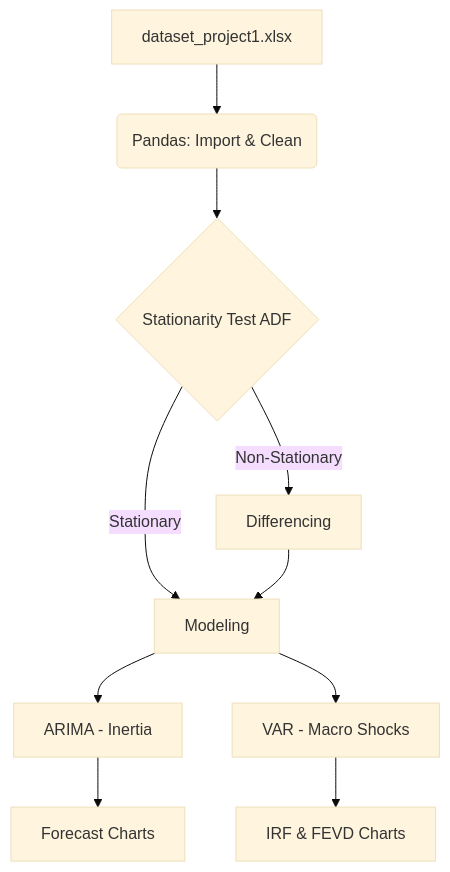
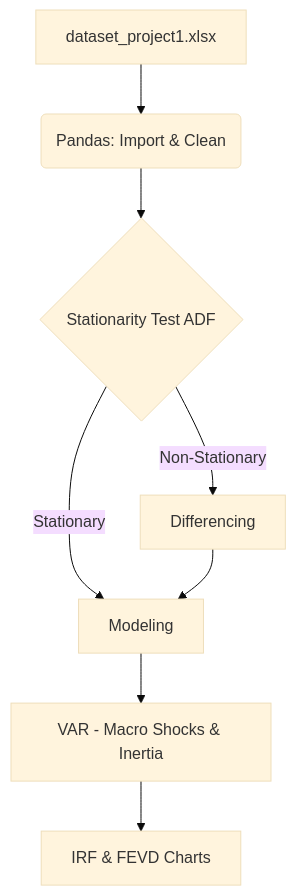
Before and after one commit to Quan-min211/vn-inflation-forecast: the diagram in docs/system-arch.md, drawn with Mermaid (base theme). The commit also changed other lines of this file and 9 other files, not shown here.

First line of the commit message:
refactor: streamline project to VAR-only analysis, remove ARIMA

````diff
--- a/docs/system-arch.md
+++ b/docs/system-arch.md
@@ -34,12 +31,10 @@
 ```mermaid
 graph TD
     A[dataset_project1.xlsx] --> B(Pandas: Import & Clean)
     B --> C{Stationarity Test ADF}
     C -->|Non-Stationary| D[Differencing]
     C -->|Stationary| E[Modeling]
     D --> E
-    E --> F[ARIMA - Inertia]
-    E --> G[VAR - Macro Shocks]
-    F --> H[Forecast Charts]
+    E --> G[VAR - Macro Shocks & Inertia]
     G --> I[IRF & FEVD Charts]
 ```
````
